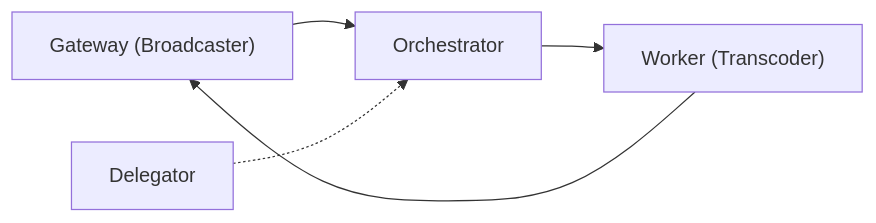
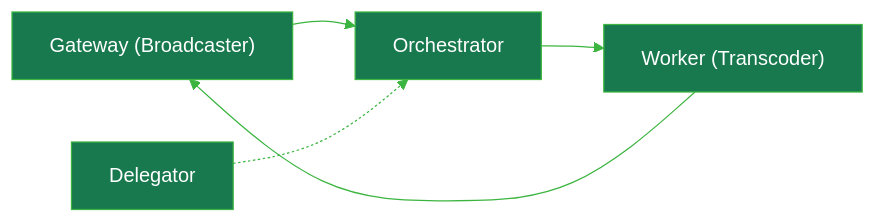
The second of 2 diagrams in snippets/composables/pages/about/concepts/protocol.mdx (its-DeFine/docs), drawn with Mermaid before and after one commit. The commit also changed other lines of this file and 12 other files, not shown here.

````diff
--- a/snippets/composables/pages/about/concepts/protocol.mdx
+++ b/snippets/composables/pages/about/concepts/protocol.mdx
@@ -70,7 +200,8 @@
 ```mermaid
+%%{init: {'theme': 'base', 'themeVariables': {'primaryColor': '#18794E', 'primaryTextColor': '#fff', 'primaryBorderColor': '#3CB540', 'lineColor': '#3CB540', 'mainBkg': '#18794E', 'nodeBorder': '#3CB540', 'clusterBkg': 'transparent', 'clusterBorder': '#3CB540', 'titleColor': '#3CB540', 'edgeLabelBackground': 'transparent', 'textColor': '#3CB540', 'nodeTextColor': '#fff'}}}%%
 flowchart LR
   B["Gateway (Broadcaster)"] --> O["Orchestrator"]
   O --> W["Worker (Transcoder)"]
   W --> B
   D["Delegator"] -.-> O
 ```
````
